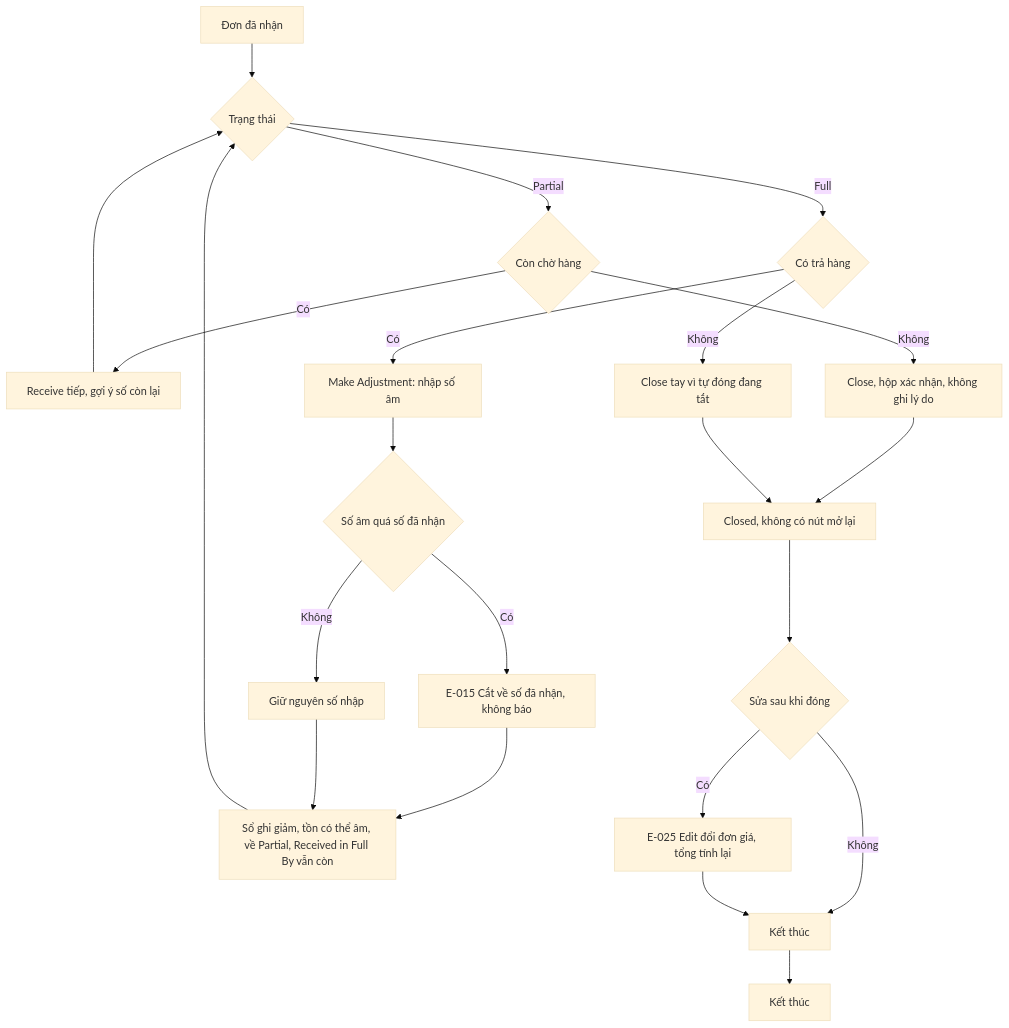
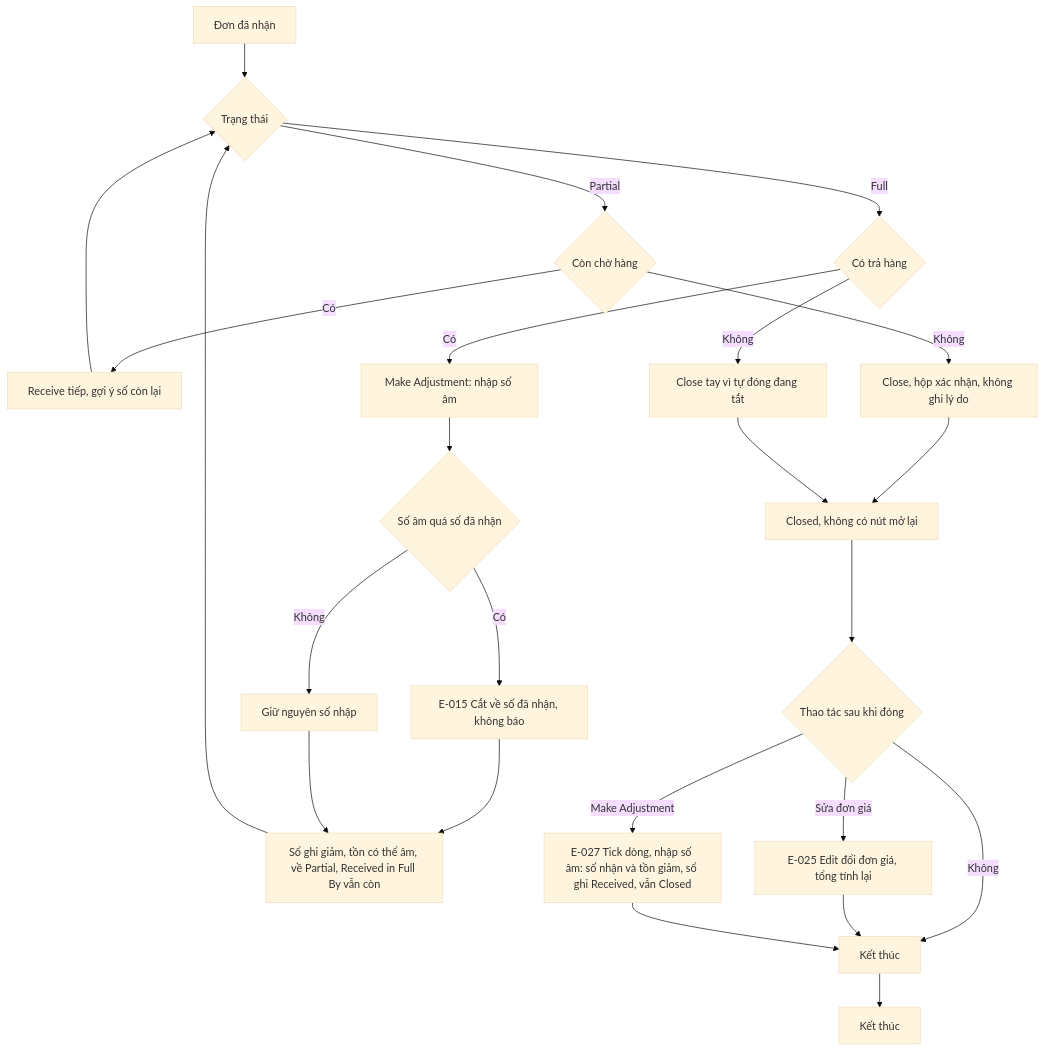
One commit to szitphan/invlogis changed the third of 13 diagrams in docs/_research/fleetio/srs/fleetio-parts-purchasing-fuel-flows.md. Above: the diagram before and after it, drawn with Mermaid (base theme). The commit also changed other lines of this file and 113 other files, not shown here.

````diff
--- a/docs/_research/fleetio/srs/fleetio-parts-purchasing-fuel-flows.md
+++ b/docs/_research/fleetio/srs/fleetio-parts-purchasing-fuel-flows.md
@@ -87,24 +96,26 @@
 ```mermaid
 flowchart TD
     A["Đơn đã nhận"] --> B{"Trạng thái"}
     B -->|"Partial"| C{"Còn chờ hàng"}
     B -->|"Full"| D{"Có trả hàng"}
     C -->|"Có"| E["Receive tiếp, gợi ý số còn lại"]
     C -->|"Không"| F["Close, hộp xác nhận, không ghi lý do"]
     E --> B
     D -->|"Có"| G["Make Adjustment: nhập số âm"]
     D -->|"Không"| H["Close tay vì tự đóng đang tắt"]
     G --> I{"Số âm quá số đã nhận"}
     I -->|"Có"| J["E-015 Cắt về số đã nhận, không báo"]
     I -->|"Không"| K["Giữ nguyên số nhập"]
     J --> L["Sổ ghi giảm, tồn có thể âm, về Partial, Received in Full By vẫn còn"]
     K --> L
     L --> B
     F --> M["Closed, không có nút mở lại"]
     H --> M
-    M --> N{"Sửa sau khi đóng"}
-    N -->|"Có"| O["E-025 Edit đổi đơn giá, tổng tính lại"]
+    M --> N{"Thao tác sau khi đóng"}
+    N -->|"Sửa đơn giá"| O["E-025 Edit đổi đơn giá, tổng tính lại"]
+    N -->|"Make Adjustment"| Q["E-027 Tick dòng, nhập số âm: số nhận và tồn giảm, sổ ghi Received, vẫn Closed"]
     N -->|"Không"| P["Kết thúc"]
     O --> P
+    Q --> P
     P --> KetThuc["Kết thúc"]
 ```
````
